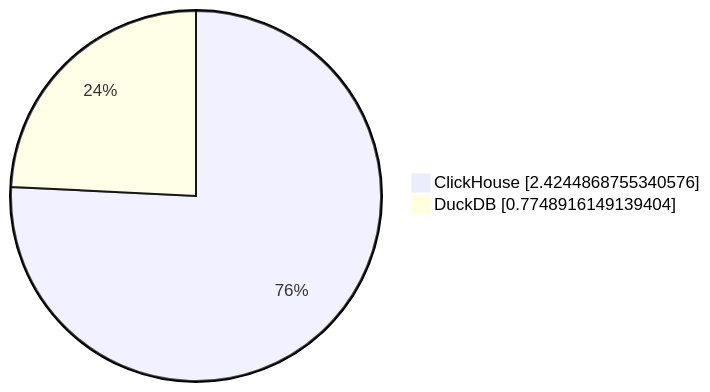
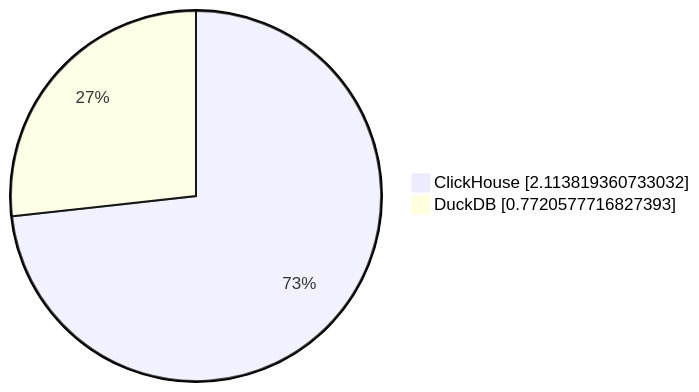
One commit to Altinity/clickhouse-regression changed the ninth of 10 diagrams in parquet/performance/results/ontime/23.11.1.2711-alpine/README.md. Above: the diagram before and after it, drawn with Mermaid. The commit also changed other lines of this file and 8 other files, not shown here.

````diff
--- a/parquet/performance/results/ontime/23.11.1.2711-alpine/README.md
+++ b/parquet/performance/results/ontime/23.11.1.2711-alpine/README.md
@@ -90,5 +90,5 @@
 ```mermaid
      pie showData
-         "ClickHouse" : 2.4244868755340576
-         "DuckDB" : 0.7748916149139404
+         "ClickHouse" : 2.113819360733032
+         "DuckDB" : 0.7720577716827393
 ```
````
